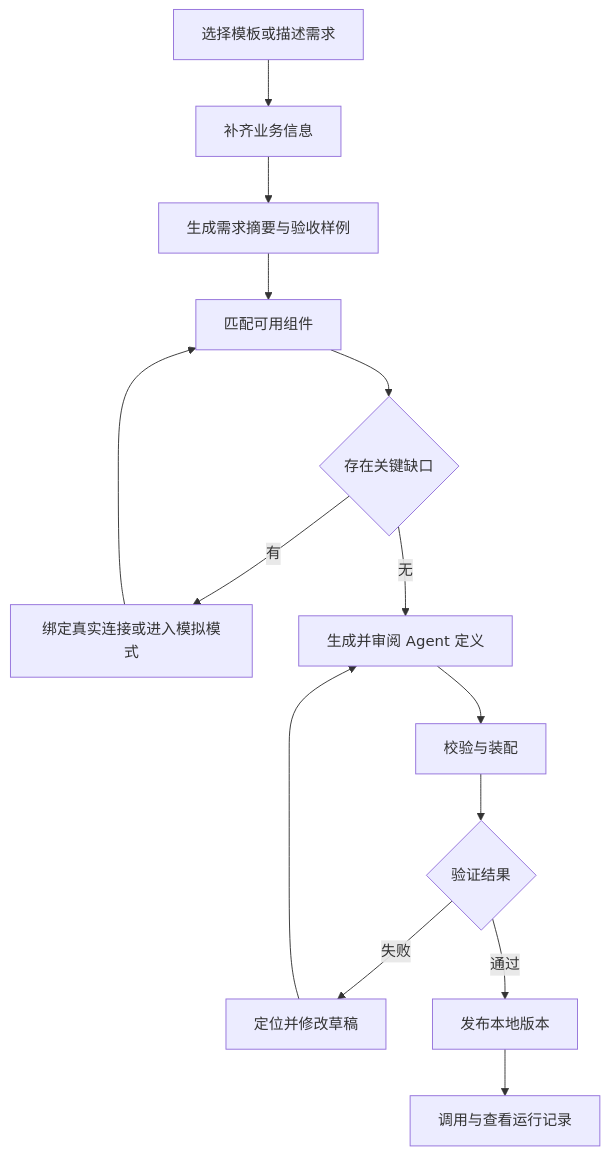
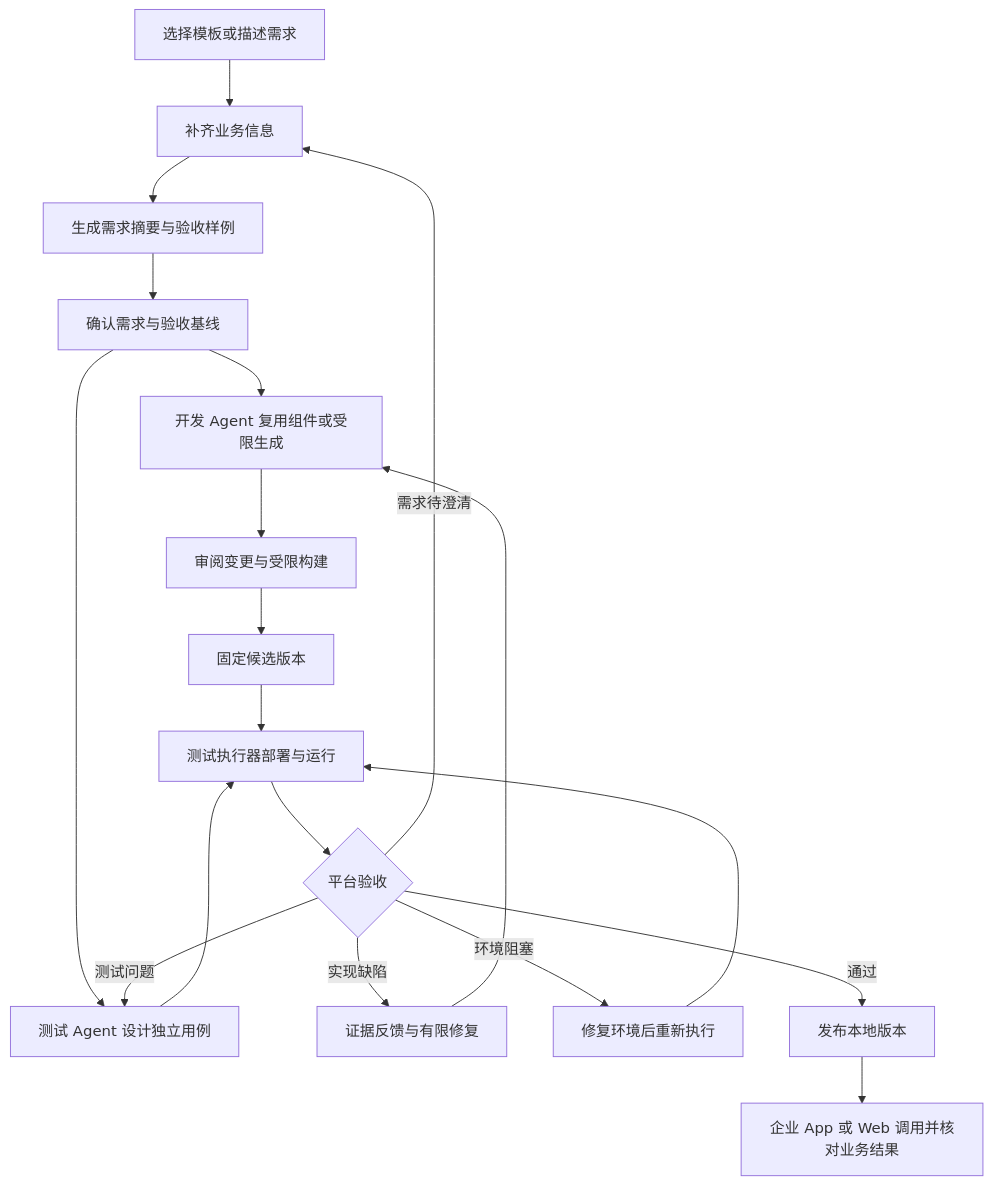
One commit to Vincenttao/agent-builder-java changed the first of 2 diagrams in docs/NL2Agent_需求文档_v0.1.md. Above: the diagram before and after it, drawn with Mermaid. The commit also changed other lines of this file and 909 other files, not shown here.

````diff
--- a/docs/NL2Agent_需求文档_v0.1.md
+++ b/docs/NL2Agent_需求文档_v0.1.md
@@ -65,16 +117,21 @@
 ```mermaid
 flowchart TD
     A[选择模板或描述需求] --> B[补齐业务信息]
     B --> C[生成需求摘要与验收样例]
-    C --> D[匹配可用组件]
-    D --> E{存在关键缺口}
-    E -->|有| F[绑定真实连接或进入模拟模式]
-    F --> D
-    E -->|无| G[生成并审阅 Agent 定义]
-    G --> H[校验与装配]
-    H --> I{验证结果}
-    I -->|失败| J[定位并修改草稿]
-    J --> G
+    C --> D[确认需求与验收基线]
+    D --> E[开发 Agent 复用组件或受限生成]
+    D --> T[测试 Agent 设计独立用例]
+    E --> G[审阅变更与受限构建]
+    G --> H[固定候选版本]
+    H --> X[测试执行器部署与运行]
+    T --> X
+    X --> I{平台验收}
+    I -->|实现缺陷| J[证据反馈与有限修复]
+    J --> E
+    I -->|测试问题| T
+    I -->|需求待澄清| B
+    I -->|环境阻塞| Q[修复环境后重新执行]
+    Q --> X
     I -->|通过| K[发布本地版本]
-    K --> L[调用与查看运行记录]
+    K --> L[企业 App 或 Web 调用并核对业务结果]
 ```
````
